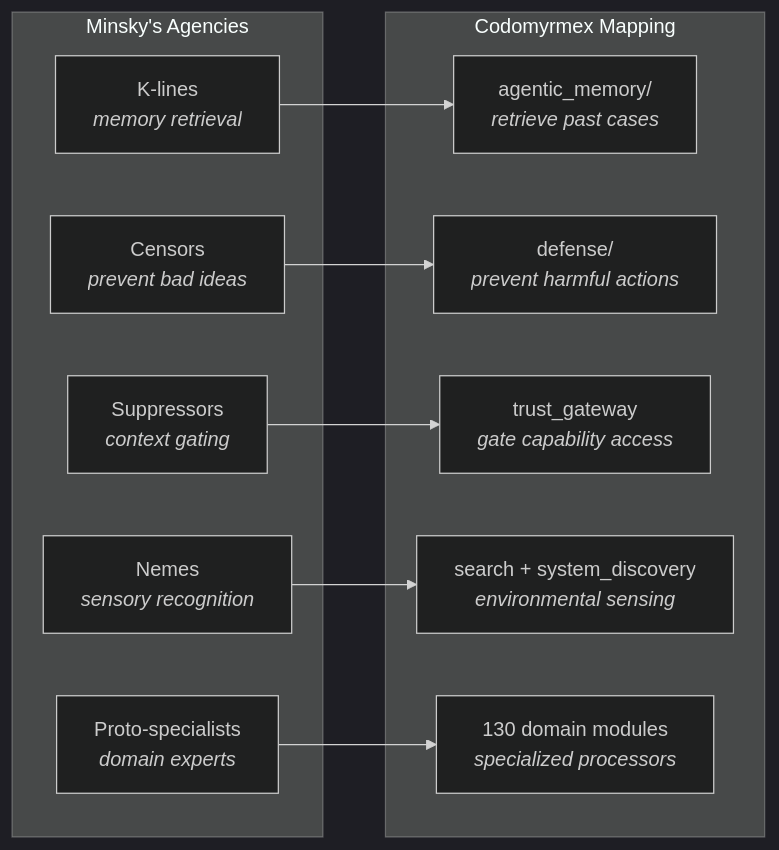
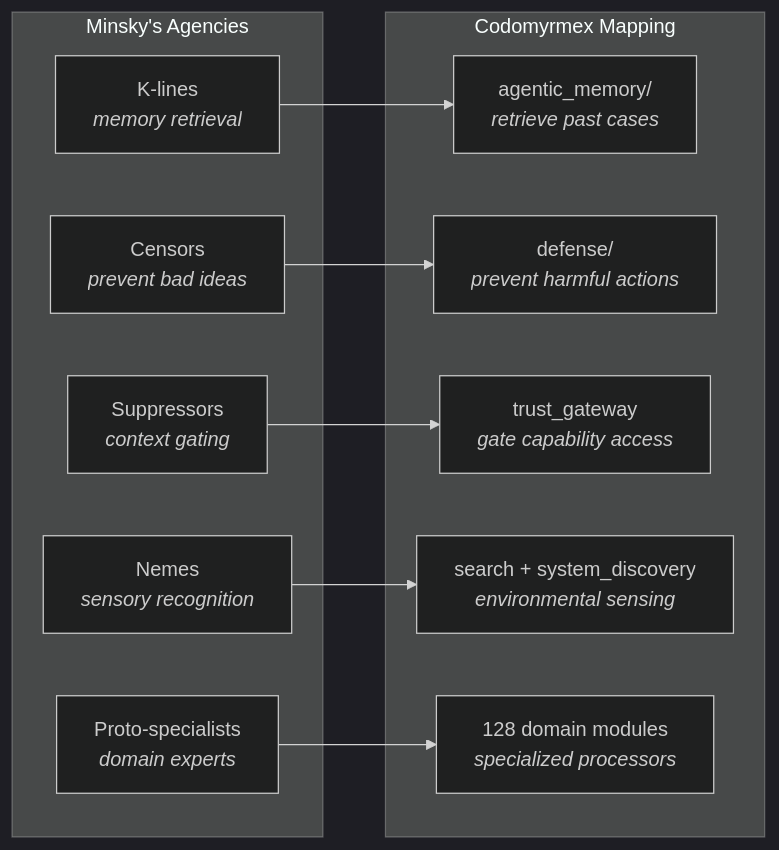
One commit to docxology/codomyrmex changed the second of 2 diagrams in docs/agi/the_colony_thesis.md. Above: the diagram before and after it, drawn with Mermaid (dark theme). The commit also changed other lines of this file and 268 other files, not shown here.

````diff
--- a/docs/agi/the_colony_thesis.md
+++ b/docs/agi/the_colony_thesis.md
@@ -158,24 +158,24 @@
 ```mermaid
 graph LR
     subgraph MINSKY["Minsky's Agencies"]
         K_LINE["K-lines<br/><i>memory retrieval</i>"]
         CENSOR["Censors<br/><i>prevent bad ideas</i>"]
         SUPPRESSOR["Suppressors<br/><i>context gating</i>"]
         NEME["Nemes<br/><i>sensory recognition</i>"]
         PROTO["Proto-specialists<br/><i>domain experts</i>"]
     end
 
     subgraph CDM_MAP["Codomyrmex Mapping"]
         AMEM2["agentic_memory/<br/><i>retrieve past cases</i>"]
         DEFENSE2["defense/<br/><i>prevent harmful actions</i>"]
         TRUST2["trust_gateway<br/><i>gate capability access</i>"]
         SEARCH2["search + system_discovery<br/><i>environmental sensing</i>"]
-        MODULES2["130 domain modules<br/><i>specialized processors</i>"]
+        MODULES2["128 domain modules<br/><i>specialized processors</i>"]
     end
 
     K_LINE --> AMEM2
     CENSOR --> DEFENSE2
     SUPPRESSOR --> TRUST2
     NEME --> SEARCH2
     PROTO --> MODULES2
 ```
````
